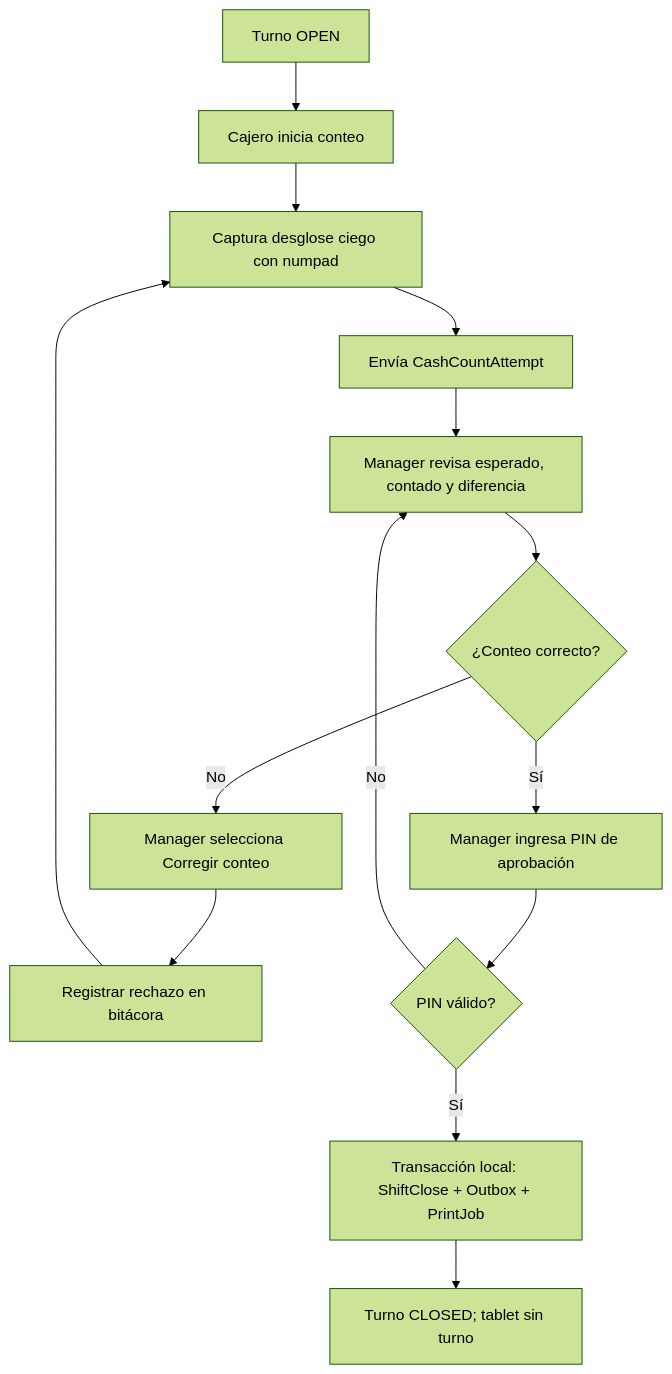
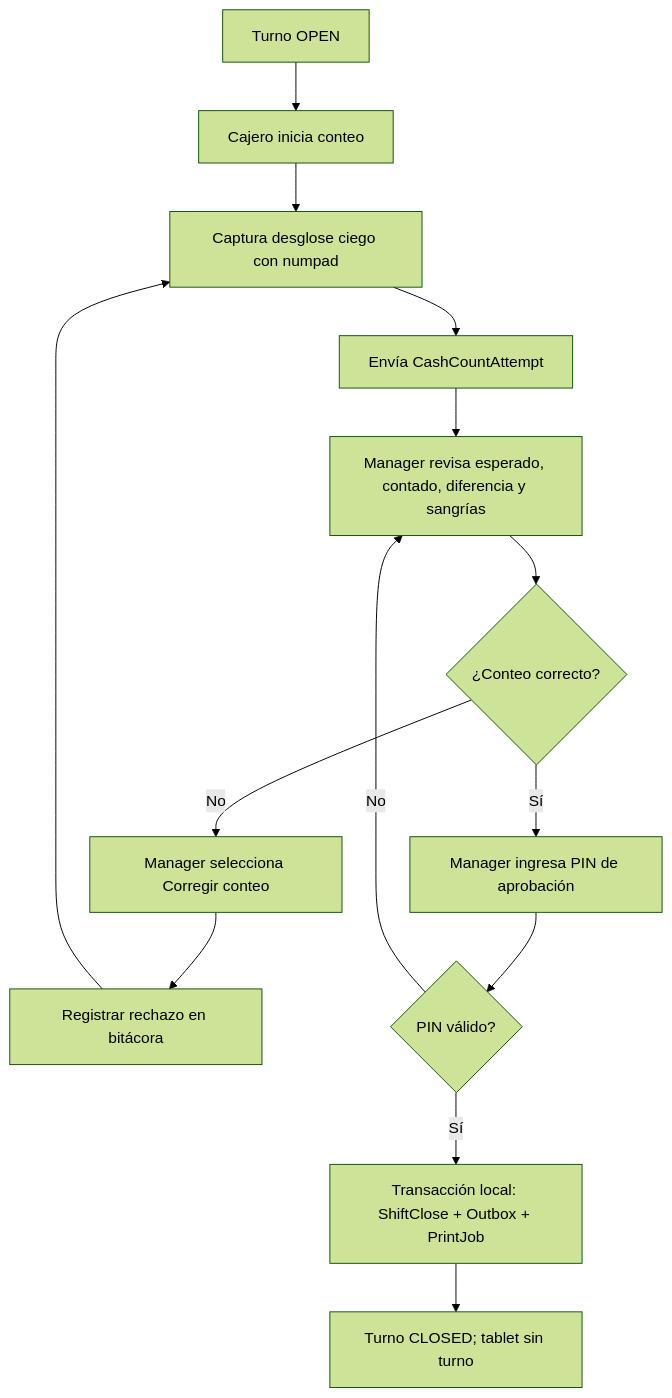
One commit to alexistrejo11/pimienta-alimentos changed the second of 5 diagrams in mobile/pos/docs/workflows/03-manager-turno-inventario.md. Above: the diagram before and after it, drawn with Mermaid (forest theme). The commit also changed other lines of this file and 29 other files, not shown here.

````diff
--- a/mobile/pos/docs/workflows/03-manager-turno-inventario.md
+++ b/mobile/pos/docs/workflows/03-manager-turno-inventario.md
@@ -9,16 +37,16 @@
 ```mermaid
 flowchart TD
     A[Turno OPEN] --> B[Cajero inicia conteo]
     B --> C[Captura desglose ciego con numpad]
     C --> D[Envía CashCountAttempt]
-    D --> E[Manager revisa esperado, contado y diferencia]
+    D --> E[Manager revisa esperado, contado, diferencia y sangrías]
     E --> F{¿Conteo correcto?}
     F -- No --> G[Manager selecciona Corregir conteo]
     G --> H[Registrar rechazo en bitácora]
     H --> C
     F -- Sí --> I[Manager ingresa PIN de aprobación]
     I --> J{PIN válido?}
     J -- No --> E
     J -- Sí --> K[Transacción local: ShiftClose + Outbox + PrintJob]
     K --> L[Turno CLOSED; tablet sin turno]
 ```
````
